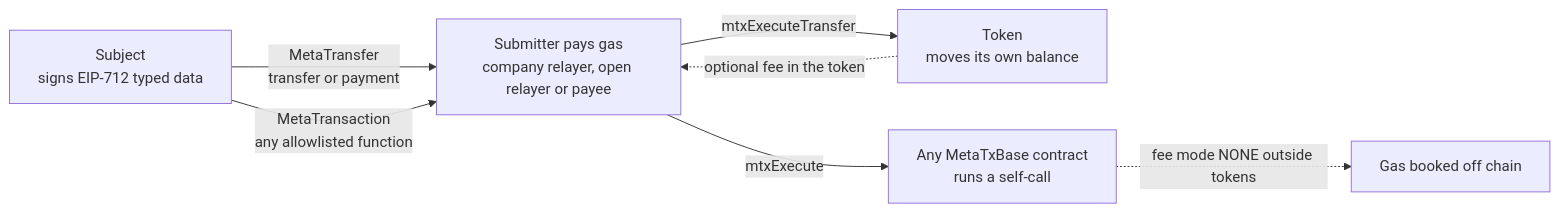
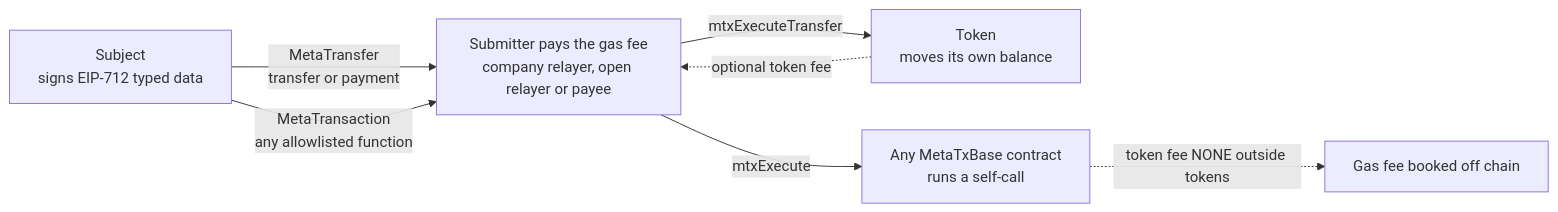
One commit to dinhduongha/scaas changed the third of 12 diagrams in docs/architecture.md. Above: the diagram before and after it, drawn with Mermaid. The commit also changed other lines of this file and 45 other files, not shown here.

````diff
--- a/docs/architecture.md
+++ b/docs/architecture.md
@@ -376,11 +376,11 @@
 ```mermaid
 flowchart LR
     SUB["Subject<br/>signs EIP-712 typed data"]
     SUB -->|"MetaTransfer<br/>transfer or payment"| SUBM
     SUB -->|"MetaTransaction<br/>any allowlisted function"| SUBM
-    SUBM["Submitter pays gas<br/>company relayer, open relayer or payee"]
+    SUBM["Submitter pays the gas fee<br/>company relayer, open relayer or payee"]
     SUBM -->|"mtxExecuteTransfer"| TOK["Token<br/>moves its own balance"]
     SUBM -->|"mtxExecute"| SELF["Any MetaTxBase contract<br/>runs a self-call"]
-    TOK -.->|"optional fee in the token"| SUBM
-    SELF -.->|"fee mode NONE outside tokens"| OFF["Gas booked off chain"]
+    TOK -.->|"optional token fee"| SUBM
+    SELF -.->|"token fee NONE outside tokens"| OFF["Gas fee booked off chain"]
 ```
````
